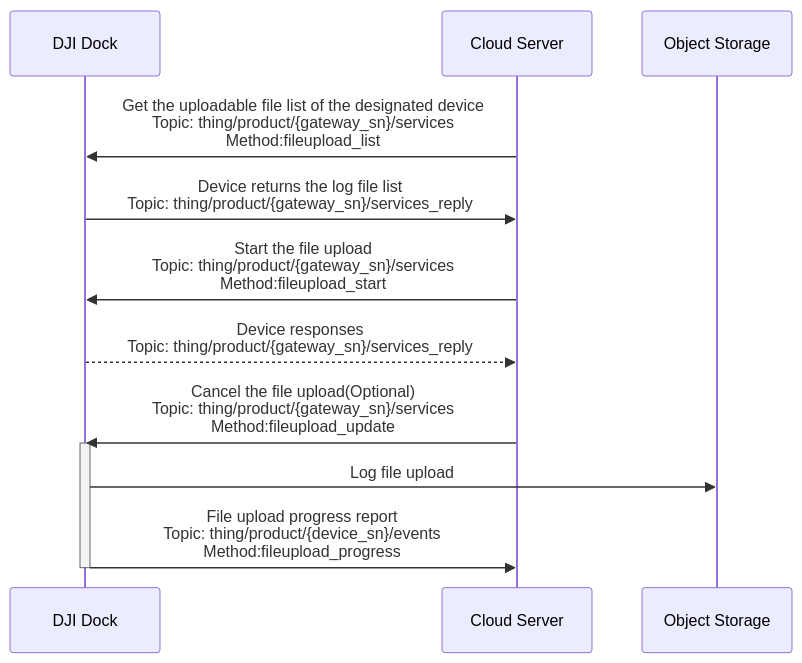
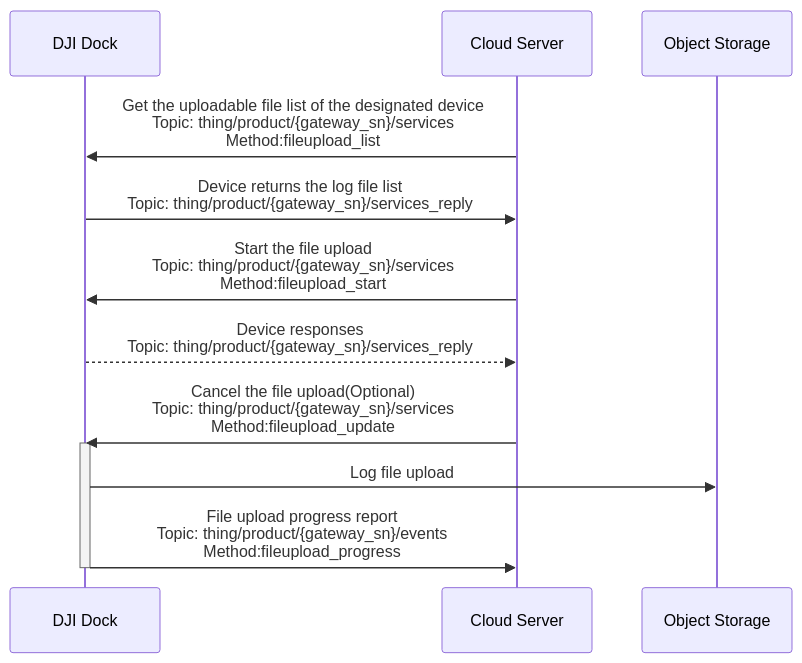
One commit to dji-sdk/Cloud-API-Doc changed the diagram in docs/en/30.feature-set/20.dock-feature-set/90.remote-log.md. Above: the diagram before and after it, drawn with Mermaid. The commit also changed other lines of this file and 152 other files, not shown here.

````diff
--- a/docs/en/30.feature-set/20.dock-feature-set/90.remote-log.md
+++ b/docs/en/30.feature-set/20.dock-feature-set/90.remote-log.md
@@ -16,20 +16,20 @@
 ```mermaid
 sequenceDiagram
 
 participant client as DJI Dock
 participant app_server as Cloud Server
 participant storage as Object Storage
 
 app_server ->> client : Get the uploadable file list of the designated device<br/>Topic: thing/product/{gateway_sn}/services<br/>Method:fileupload_list
 client ->> app_server : Device returns the log file list<br/>Topic: thing/product/{gateway_sn}/services_reply
 
 app_server ->> client : Start the file upload<br/>Topic: thing/product/{gateway_sn}/services<br/>Method:fileupload_start
 client -->> app_server  : Device responses<br/>Topic: thing/product/{gateway_sn}/services_reply
 app_server ->> client : Cancel the file upload(Optional)<br/>Topic: thing/product/{gateway_sn}/services<br/>Method:fileupload_update
 
 activate client
 client ->> storage : Log file upload
-client ->> app_server : File upload progress report<br/>Topic: thing/product/{device_sn}/events<br/>Method:fileupload_progress
+client ->> app_server : File upload progress report<br/>Topic: thing/product/{gateway_sn}/events<br/>Method:fileupload_progress
 deactivate client
 
 ```
````
